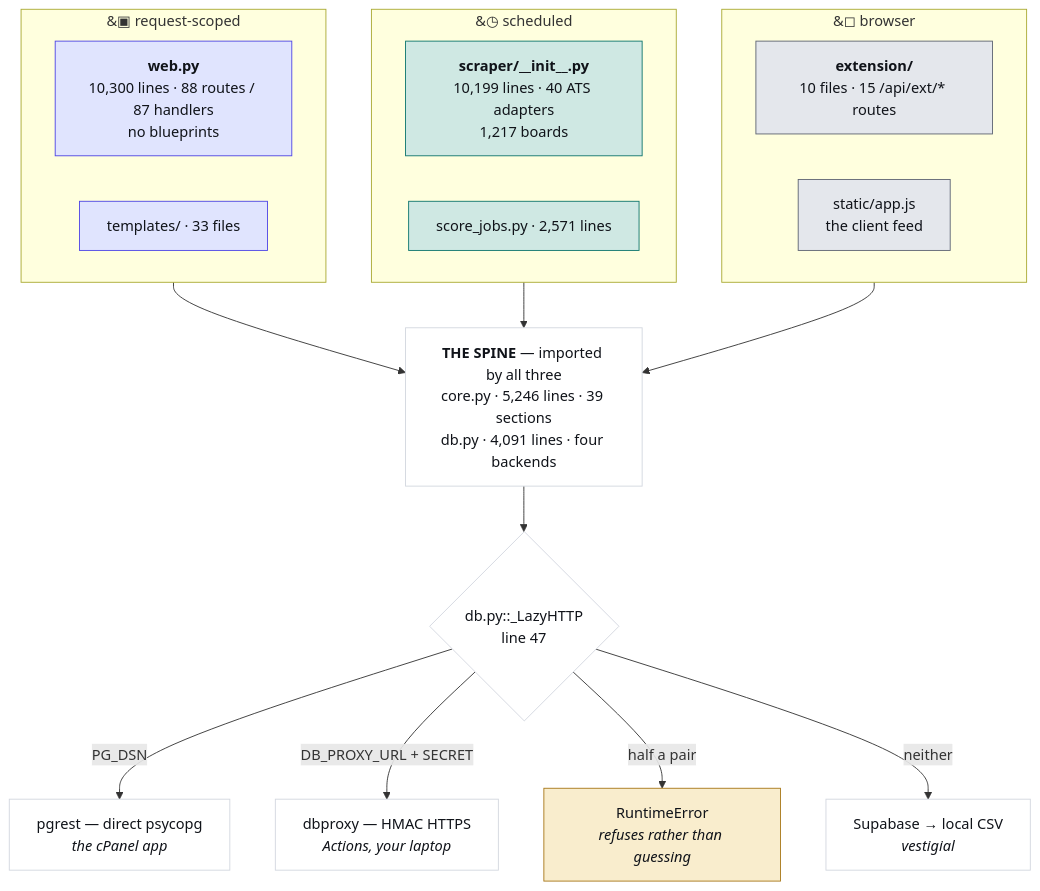
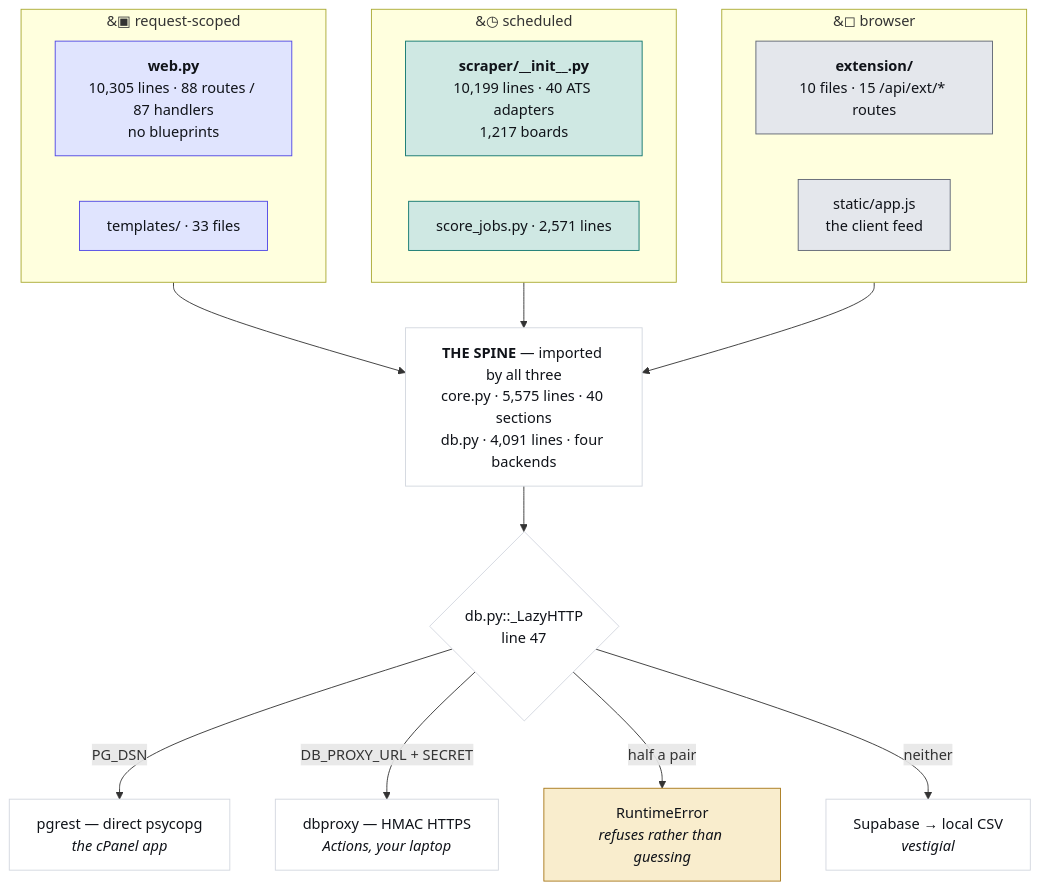
The first of 4 diagrams in JobMatch Scraper/docs/ARCHITECTURE.md (hadakunal909-debug/job-search-tool), drawn with Mermaid before and after one commit. The commit also changed other lines of this file and 10 other files, not shown here.

````diff
--- a/JobMatch Scraper/docs/ARCHITECTURE.md
+++ b/JobMatch Scraper/docs/ARCHITECTURE.md
@@ -45,34 +45,34 @@
 ```mermaid
 flowchart TB
   subgraph REQ["&#9635; request-scoped"]
-    W["<b>web.py</b><br/>10,300 lines · 88 routes / 87 handlers<br/>no blueprints"]
+    W["<b>web.py</b><br/>10,305 lines · 88 routes / 87 handlers<br/>no blueprints"]
     T["templates/ · 33 files"]
   end
   subgraph SCH["&#9719; scheduled"]
     S["<b>scraper/__init__.py</b><br/>10,199 lines · 40 ATS adapters<br/>1,217 boards"]
     J["score_jobs.py · 2,571 lines"]
   end
   subgraph CLI["&#9723; browser"]
     E["<b>extension/</b><br/>10 files · 15 /api/ext/* routes"]
     A["static/app.js<br/>the client feed"]
   end
-  SPINE["<b>THE SPINE</b> — imported by all three<br/>core.py · 5,246 lines · 39 sections<br/>db.py · 4,091 lines · four backends"]
+  SPINE["<b>THE SPINE</b> — imported by all three<br/>core.py · 5,575 lines · 40 sections<br/>db.py · 4,091 lines · four backends"]
   REQ --> SPINE
   SCH --> SPINE
   CLI --> SPINE
   SPINE --> D{"db.py::_LazyHTTP<br/>line 47"}
   D -->|"PG_DSN"| P["pgrest — direct psycopg<br/><i>the cPanel app</i>"]
   D -->|"DB_PROXY_URL + SECRET"| X["dbproxy — HMAC HTTPS<br/><i>Actions, your laptop</i>"]
   D -->|"half a pair"| R["RuntimeError<br/><i>refuses rather than guessing</i>"]
   D -->|"neither"| V["Supabase → local CSV<br/><i>vestigial</i>"]
   classDef web fill:#e0e4fe,stroke:#4f46e5,color:#101319
   classDef sched fill:#cfe8e3,stroke:#0f766e,color:#101319
   classDef client fill:#e4e7ec,stroke:#5f6573,color:#101319
   classDef trap fill:#f9edcd,stroke:#a8781a,color:#101319
   classDef plain fill:#ffffff,stroke:#d3d7df,color:#101319
   class W,T web
   class S,J sched
   class E,A client
   class R trap
   class SPINE,D,P,X,V plain
 ```
````
